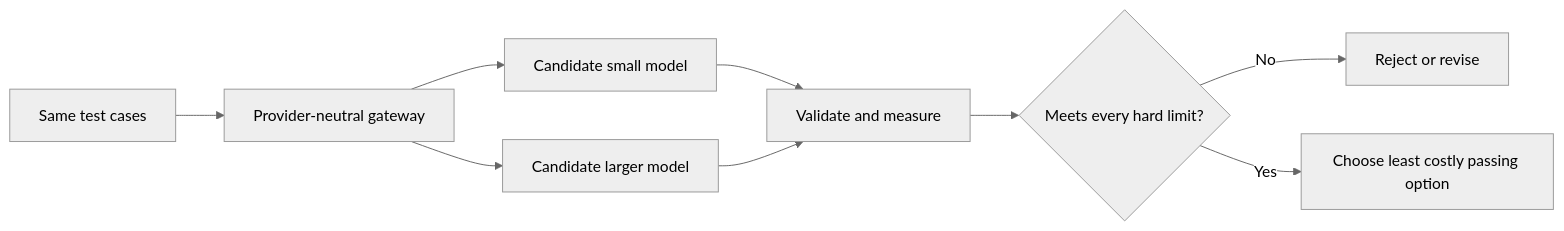
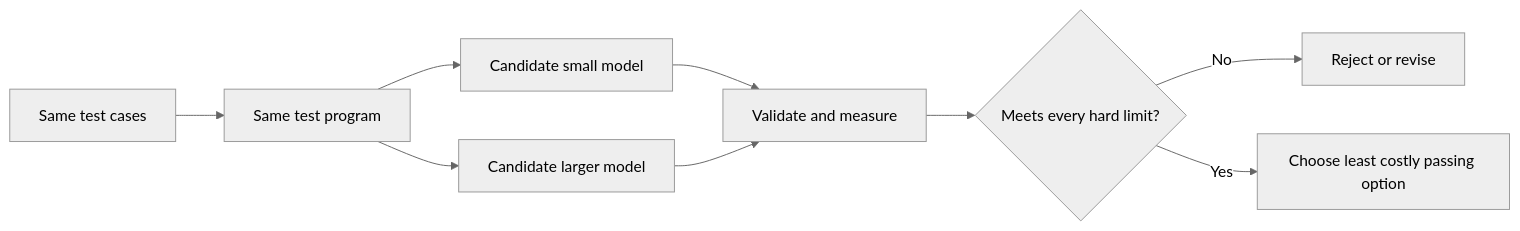
One commit to VikrantSingh01/Agentic_System_Design changed the second of 2 diagrams in modules/02-smallest-useful-agent/chapters/06-models-and-inference.md. Above: the diagram before and after it, drawn with Mermaid (neutral theme). The commit also changed other lines of this file and 3 other files, not shown here.

Commit message:
Improve Module 2 diagram accessibility

````diff
--- a/modules/02-smallest-useful-agent/chapters/06-models-and-inference.md
+++ b/modules/02-smallest-useful-agent/chapters/06-models-and-inference.md
@@ -122,11 +122,11 @@
 ```mermaid
 flowchart LR
-    A[Same test cases] --> B[Provider-neutral gateway]
+    A[Same test cases] --> B[Same test program]
     B --> C[Candidate small model]
     B --> D[Candidate larger model]
     C --> E[Validate and measure]
     D --> E
     E --> F{Meets every hard limit?}
     F -- No --> G[Reject or revise]
     F -- Yes --> H[Choose least costly passing option]
 ```
````
